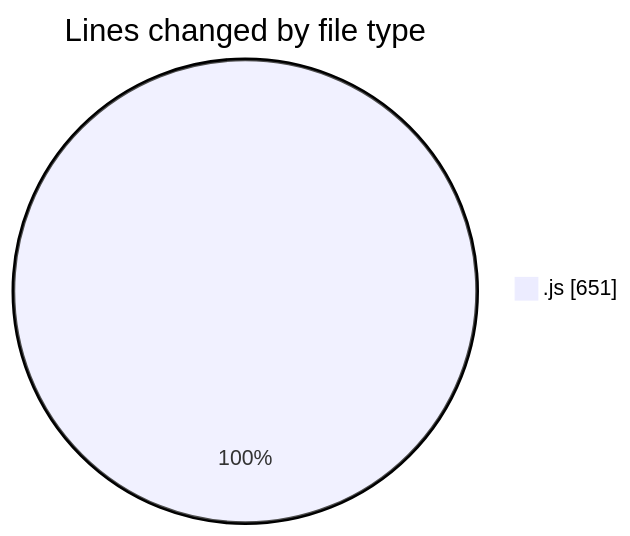
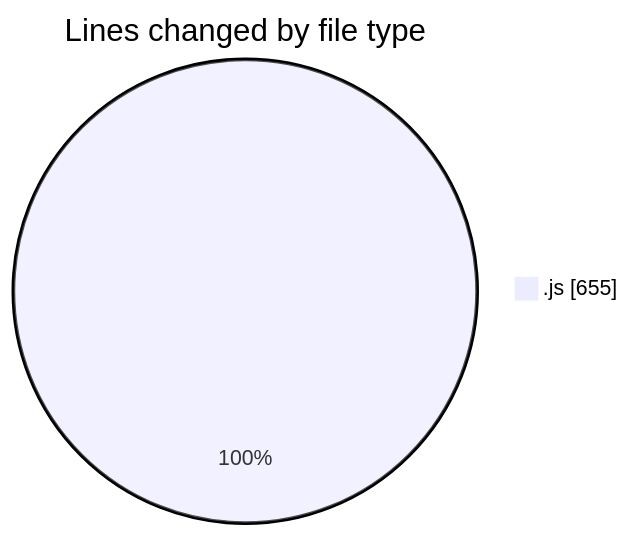
One commit to nxtqubesakshisongat/code-tracking changed the first of 2 diagrams in 2025-06-20/nxtqube_webapp/README.md. Above: the diagram before and after it, drawn with Mermaid. The commit also changed other lines of this file and 1 other file, not shown here.

````diff
--- a/2025-06-20/nxtqube_webapp/README.md
+++ b/2025-06-20/nxtqube_webapp/README.md
@@ -29,5 +29,5 @@
 ```mermaid
 pie showData
 title Lines changed by file type
-".js" : 651
+".js" : 655
 ```
````
